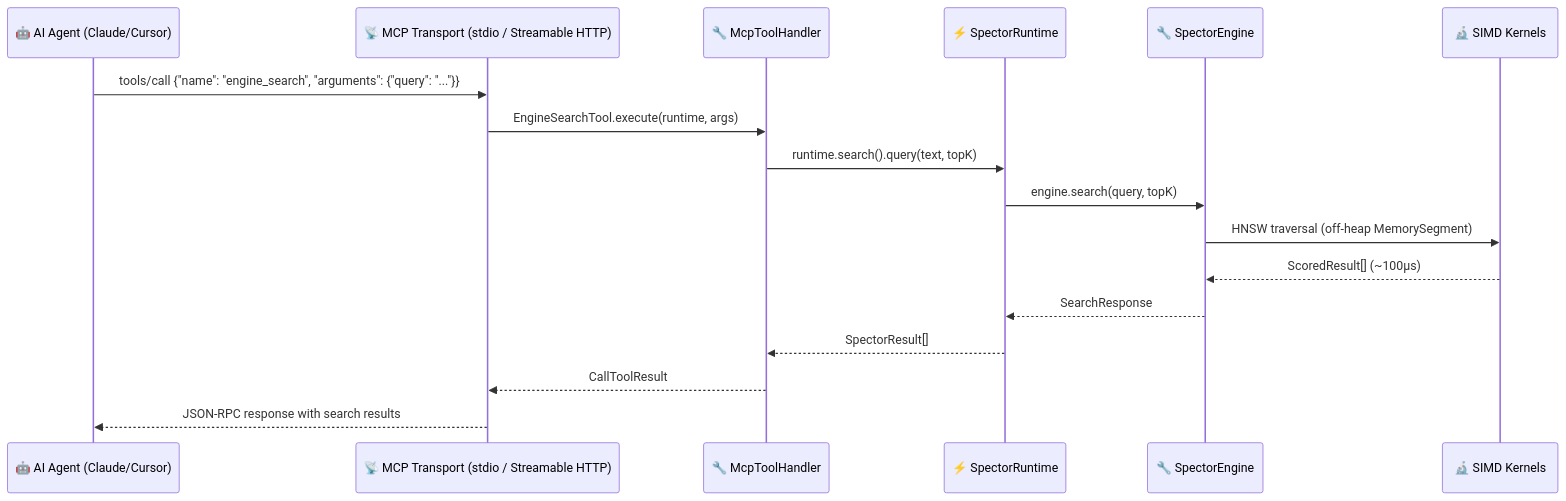
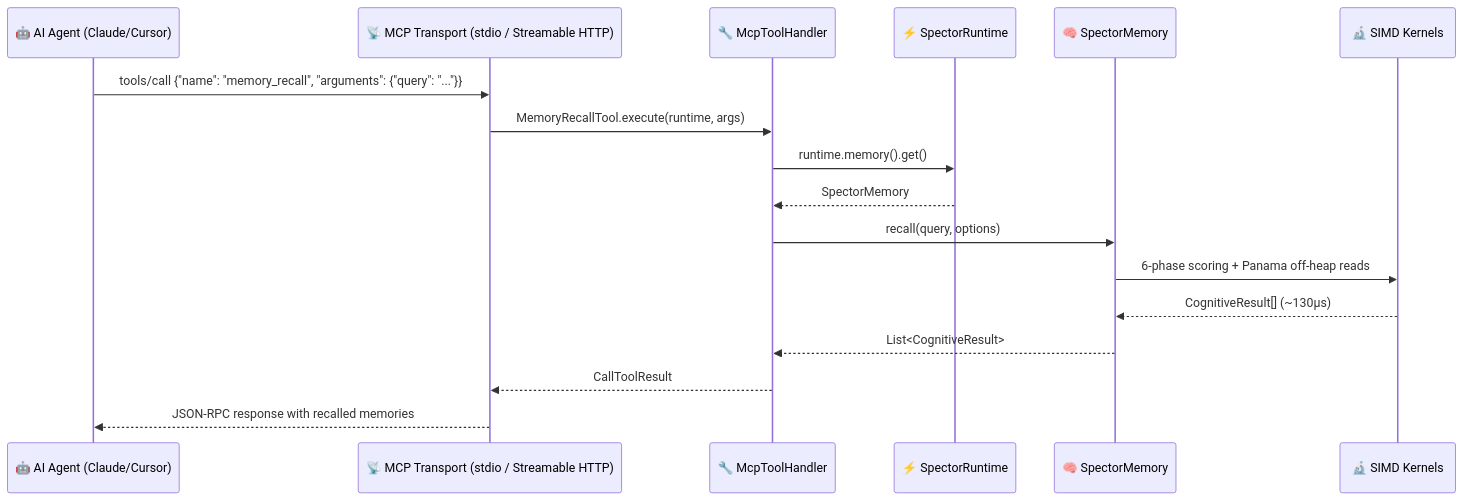
One commit to spectrayan/spector changed the tenth of 12 diagrams in docs/docs/architecture/overview.md. Above: the diagram before and after it, drawn with Mermaid. The commit also changed other lines of this file and 34 other files, not shown here.

First line of the commit message:
docs(docs): align project documentation with memory recall architecture (#321)

````diff
--- a/docs/docs/architecture/overview.md
+++ b/docs/docs/architecture/overview.md
@@ -475,20 +478,20 @@
 ```mermaid
 sequenceDiagram
     participant Agent as 🤖 AI Agent (Claude/Cursor)
     participant MCP as 📡 MCP Transport (stdio / Streamable HTTP)
     participant Handler as 🔧 McpToolHandler
     participant Runtime as ⚡ SpectorRuntime
-    participant Engine as 🔧 SpectorEngine
+    participant Memory as 🧠 SpectorMemory
     participant SIMD as 🔬 SIMD Kernels
 
-    Agent->>MCP: tools/call {"name": "engine_search", "arguments": {"query": "..."}}
-    MCP->>Handler: EngineSearchTool.execute(runtime, args)
-    Handler->>Runtime: runtime.search().query(text, topK)
-    Runtime->>Engine: engine.search(query, topK)
-    Engine->>SIMD: HNSW traversal (off-heap MemorySegment)
-    SIMD-->>Engine: ScoredResult[] (~100µs)
-    Engine-->>Runtime: SearchResponse
-    Runtime-->>Handler: SpectorResult[]
+    Agent->>MCP: tools/call {"name": "memory_recall", "arguments": {"query": "..."}}
+    MCP->>Handler: MemoryRecallTool.execute(runtime, args)
+    Handler->>Runtime: runtime.memory().get()
+    Runtime-->>Handler: SpectorMemory
+    Handler->>Memory: recall(query, options)
+    Memory->>SIMD: 6-phase scoring + Panama off-heap reads
+    SIMD-->>Memory: CognitiveResult[] (~130µs)
+    Memory-->>Handler: List<CognitiveResult>
     Handler-->>MCP: CallToolResult
-    MCP-->>Agent: JSON-RPC response with search results
+    MCP-->>Agent: JSON-RPC response with recalled memories
 ```
````
